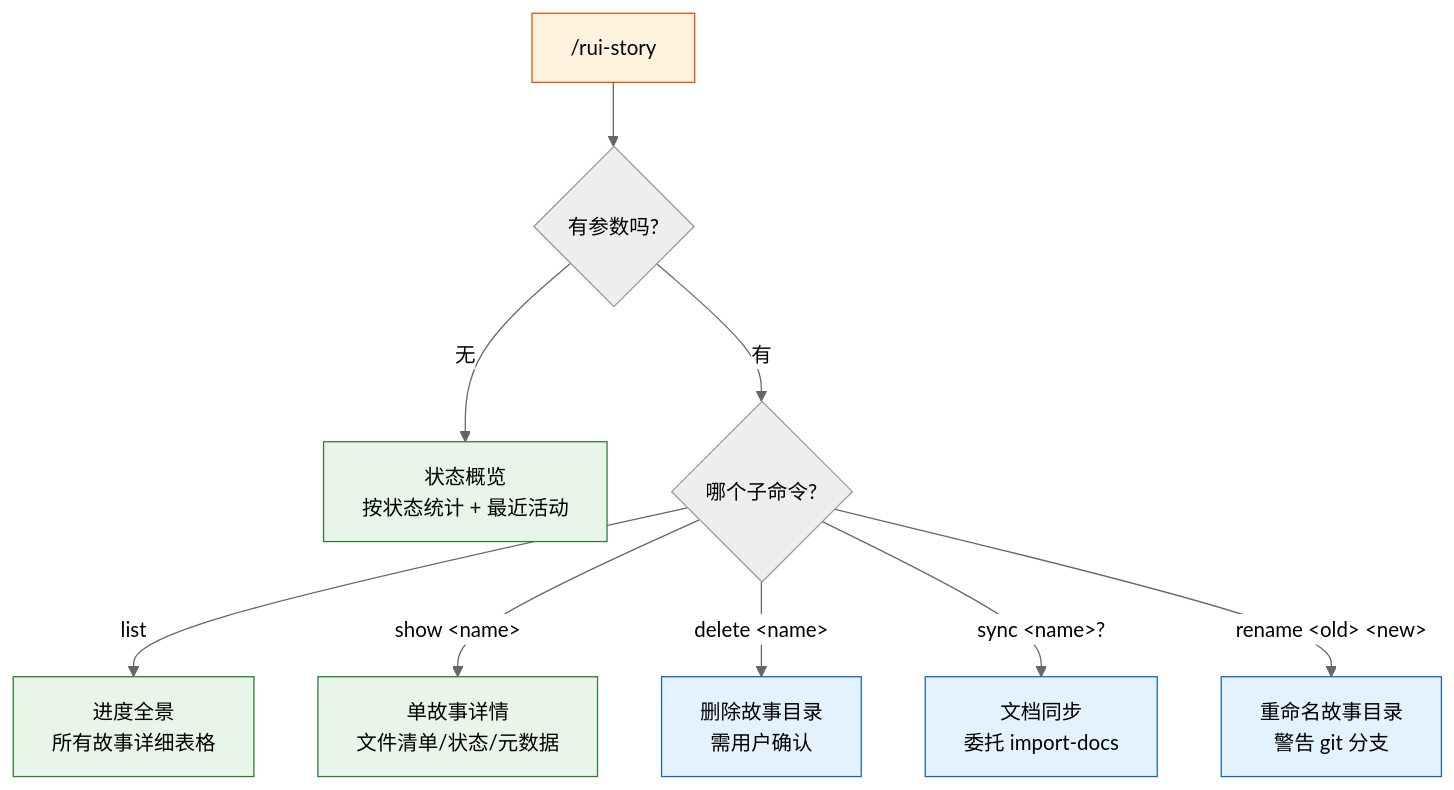
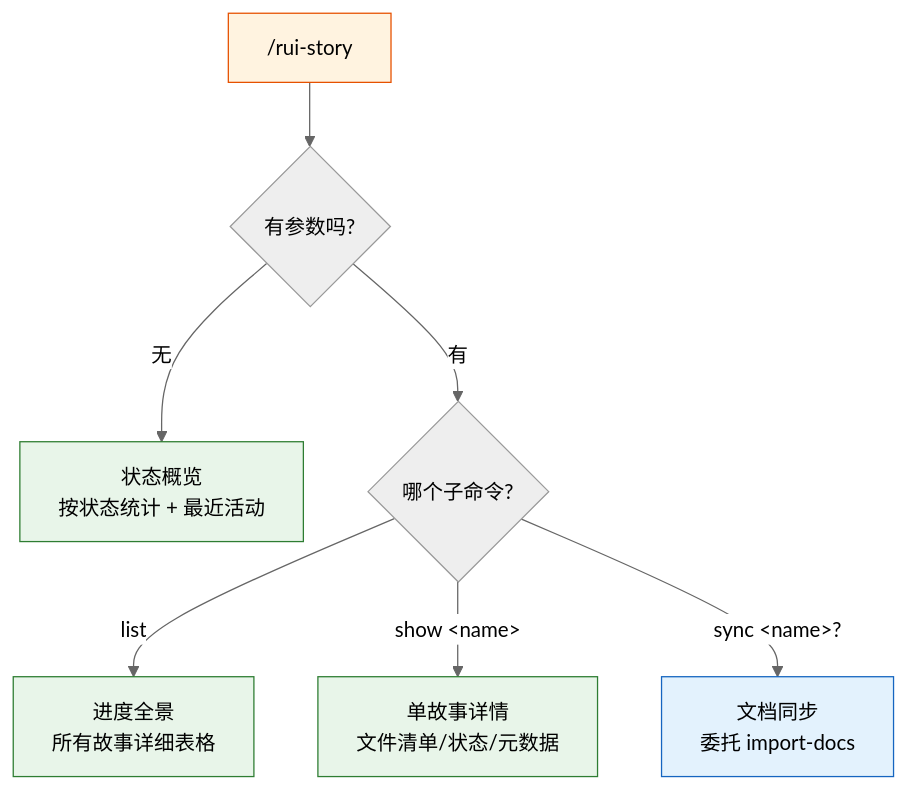
One commit to effiy/YrY changed the first of 10 diagrams in skills/rui-story/SKILL.md. Above: the diagram before and after it, drawn with Mermaid (neutral theme). The commit also changed other lines of this file and 10 other files, not shown here.

````diff
--- a/skills/rui-story/SKILL.md
+++ b/skills/rui-story/SKILL.md
@@ -18,15 +18,13 @@
 ```mermaid
 flowchart TD
     ENTRY["/rui-story"]:::entry --> Q1{"有参数吗?"}
     Q1 -->|"无"| OVERVIEW["状态概览<br/>按状态统计 + 最近活动"]:::read
     Q1 -->|"有"| Q2{"哪个子命令?"}
     Q2 -->|"list"| LIST["进度全景<br/>所有故事详细表格"]:::read
     Q2 -->|"show &lt;name&gt;"| SHOW["单故事详情<br/>文件清单/状态/元数据"]:::read
-    Q2 -->|"delete &lt;name&gt;"| DELETE["删除故事目录<br/>需用户确认"]:::write
     Q2 -->|"sync &lt;name&gt;?"| SYNC["文档同步<br/>委托 import-docs"]:::write
-    Q2 -->|"rename &lt;old&gt; &lt;new&gt;"| RENAME["重命名故事目录<br/>警告 git 分支"]:::write
 
     classDef entry fill:#fff3e0,stroke:#e65100;
     classDef read fill:#e8f5e9,stroke:#2e7d32;
     classDef write fill:#e3f2fd,stroke:#1565c0;
 ```
````
